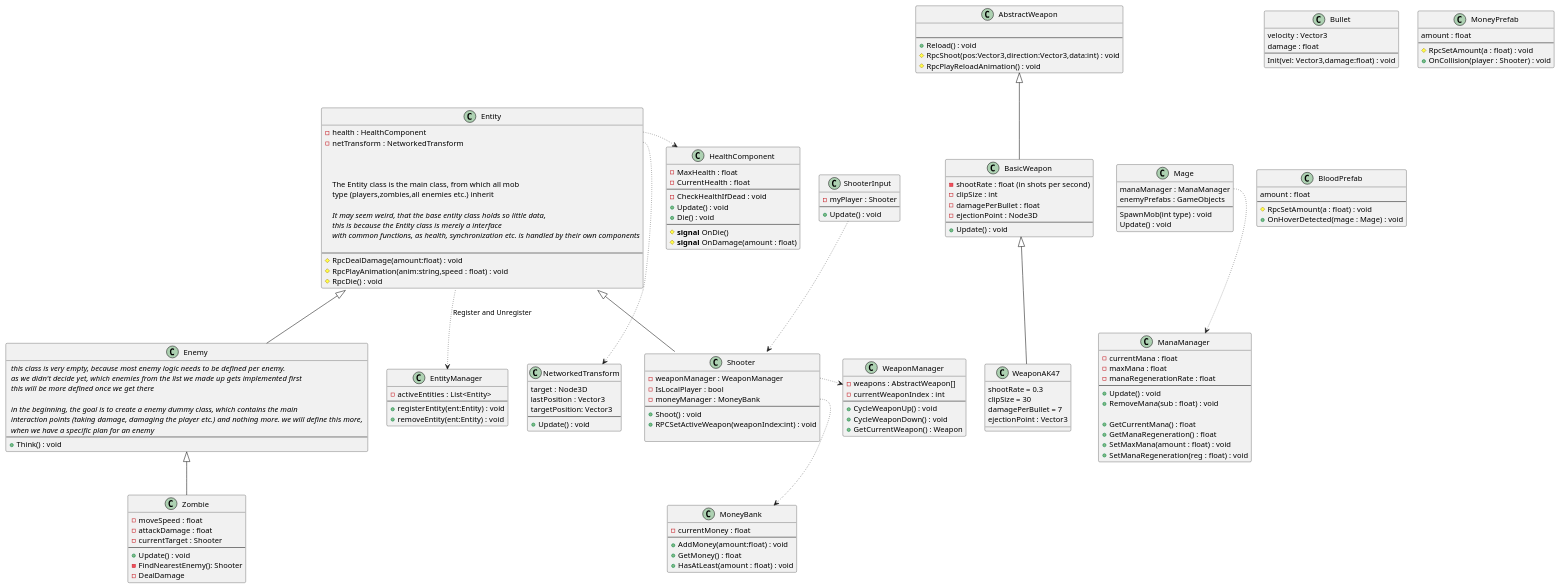
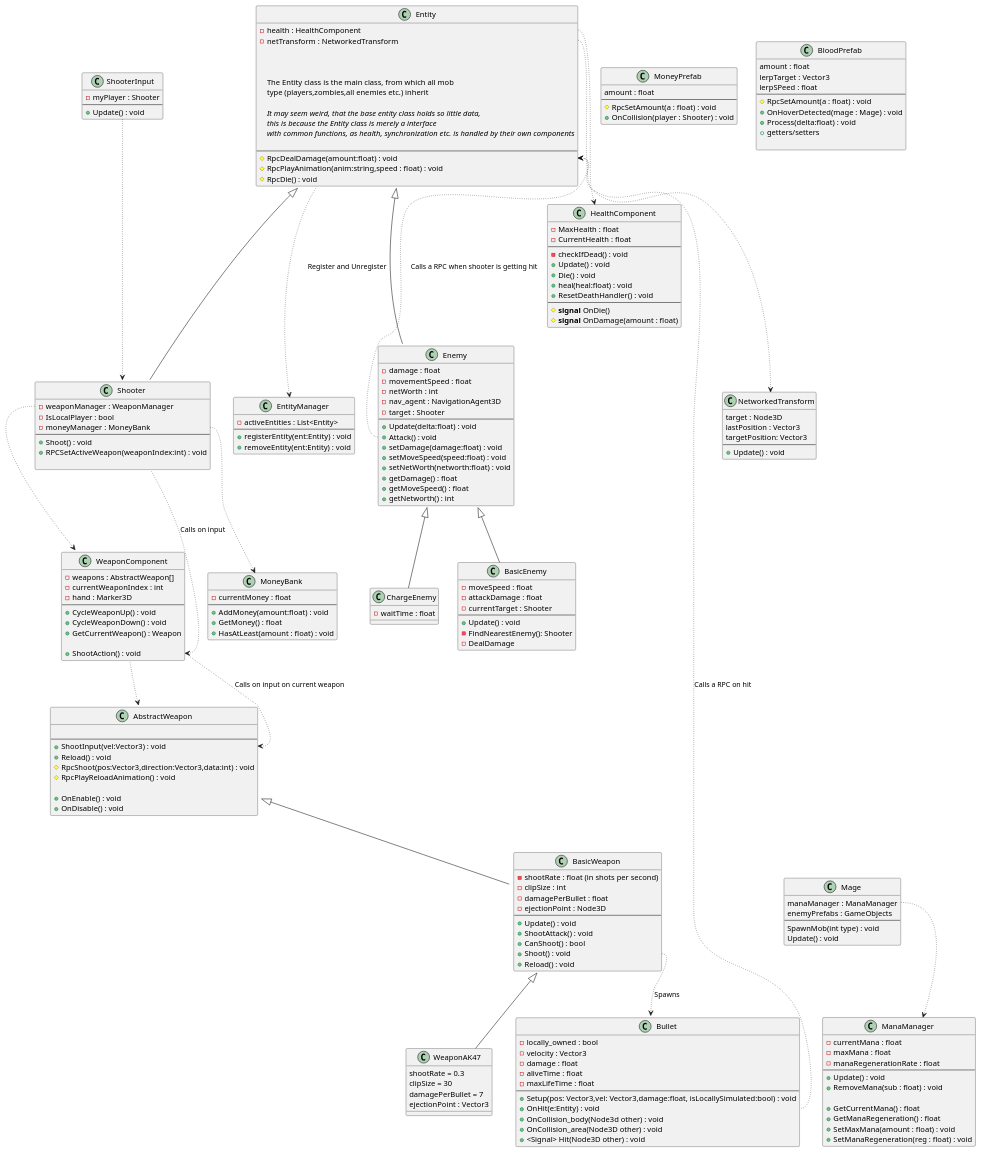
The diagram in Diagrams/AllDiagram.puml (Neckar-Code-Collective/Design-Docs), drawn with PlantUML before and after one commit. The commit also changed 2 other files, not shown here.

```diff
--- a/Diagrams/AllDiagram.puml
+++ b/Diagrams/AllDiagram.puml
@@ -45,18 +45,23 @@
 }
 
 class Enemy {
-    <i> this class is very empty, because most enemy logic needs to be defined per enemy.</i>
-    <i> as we didn't decide yet, which enemies from the list we made up gets implemented first</i>
-    <i> this will be more defined once we get there</i>
-    
-    <i> in the beginning, the goal is to create a enemy dummy class, which contains the main</i>
-    <i> interaction points (taking damage, damaging the player etc.) and nothing more. we will define this more, </i>
-    <i> when we have a specific plan for an enemy</i>
+    - damage : float
+    - movementSpeed : float
+    - netWorth : int
+    - nav_agent : NavigationAgent3D
+    - target : Shooter
     --
-    + Think() : void
+    + Update(delta:float) : void
+    + Attack() : void
+    + setDamage(damage:float) : void
+    + setMoveSpeed(speed:float) : void
+    + setNetWorth(networth:float) : void
+    + getDamage() : float
+    + getMoveSpeed() : float
+    + getNetworth() : int
 }
 
-class Zombie {
+class BasicEnemy {
     - moveSpeed : float
     - attackDamage : float
     - currentTarget : Shooter
@@ -66,13 +71,19 @@
     - DealDamage
 }
 
+class ChargeEnemy {
+    - waitTime : float
+}
+
 class HealthComponent {
     - MaxHealth : float
     - CurrentHealth : float
     --
-    - CheckHealthIfDead : void
+    - checkIfDead() : void
     + Update() : void
     + Die() : void
+    + heal(heal:float) : void
+    + ResetDeathHandler() : void
     --
     # <b>signal</b> OnDie()
     # <b>signal</b> OnDamage(amount : float)
@@ -81,9 +92,13 @@
 class AbstractWeapon {
     
     --
+    + ShootInput(vel:Vector3) : void
     + Reload() : void
     # RpcShoot(pos:Vector3,direction:Vector3,data:int) : void
     # RpcPlayReloadAnimation() : void
+
+    + OnEnable() : void
+    + OnDisable() : void
 }
 
 class BasicWeapon {
@@ -93,13 +108,24 @@
     - ejectionPoint : Node3D
     --
     + Update() : void
+    + ShootAttack() : void
+    + CanShoot() : bool
+    + Shoot() : void
+    + Reload() : void
 }
 
 class Bullet {
-    velocity : Vector3
-    damage : float
+    - locally_owned : bool
+    - velocity : Vector3
+    - damage : float
+    - aliveTime : float
+    - maxLifeTime : float
     --
-    Init(vel: Vector3,damage:float) : void
+    + Setup(pos: Vector3,vel: Vector3,damage:float, isLocallySimulated:bool) : void
+    + OnHit(e:Entity) : void
+    + OnCollision_body(Node3d other) : void
+    + OnCollision_area(Node3D other) : void
+    + <Signal> Hit(Node3D other) : void
 }
 
 class MoneyPrefab {
@@ -111,9 +137,14 @@
 
 class BloodPrefab {
     amount : float
+    lerpTarget : Vector3
+    lerpSPeed : float
     --
     # RpcSetAmount(a : float) : void
     + OnHoverDetected(mage : Mage) : void
+    + Process(delta:float) : void
+    + getters/setters
+
 }
 
 class ManaManager {
@@ -130,13 +161,16 @@
     + SetManaRegeneration(reg : float) : void
 }
 
-class WeaponManager {
+class WeaponComponent {
     - weapons : AbstractWeapon[]
     - currentWeaponIndex : int
+    - hand : Marker3D
     --
     + CycleWeaponUp() : void
     + CycleWeaponDown() : void
     + GetCurrentWeapon() : Weapon
+
+    + ShootAction() : void
 }
 
 class MoneyBank {
@@ -171,16 +205,26 @@
 
 Shooter -up-|> Entity
 Enemy -up-|> Entity
-Zombie -up-|> Enemy
+BasicEnemy -up-|> Enemy
+ChargeEnemy -up-|> Enemy
 
 Entity::health -[dotted]right-> HealthComponent
-Shooter::weaponManager -[dotted]right-> WeaponManager
+Shooter::weaponManager -[dotted]do-> WeaponComponent
 BasicWeapon -up-|> AbstractWeapon
 HealthComponent -[hidden]right-> BasicWeapon
 Mage::manaManager -[dotted]-> ManaManager
 BasicWeapon -[hidden]right-> Mage
+WeaponComponent -[dotted]-> AbstractWeapon
 
 Shooter::moneyManager -[dotted]-> MoneyBank 
+
+Shooter -[dotted]-> WeaponComponent::Shoot : Calls on input
+WeaponComponent::Shoot -[dotted]-> AbstractWeapon::ShootInput : Calls on input on current weapon
+
+Bullet::OnHit -[dotted]up-> Entity::RpcDealDamage : Calls a RPC on hit
+Enemy::Attack -[dotted]up-> Entity::RpcDealDamage : Calls a RPC when shooter is getting hit
+
+BasicWeapon::Shoot -[dotted]-> Bullet : Spawns
 
 Entity -[dotted]-> EntityManager : Register and Unregister
 ShooterInput -[dotted]-> Shooter
```
